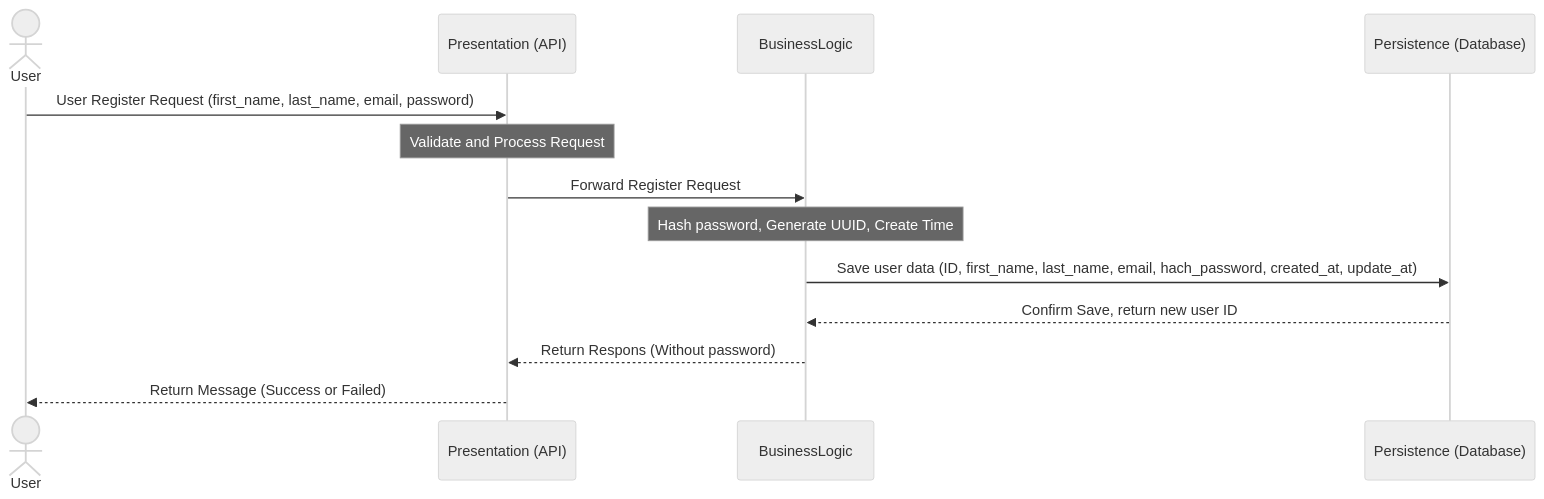
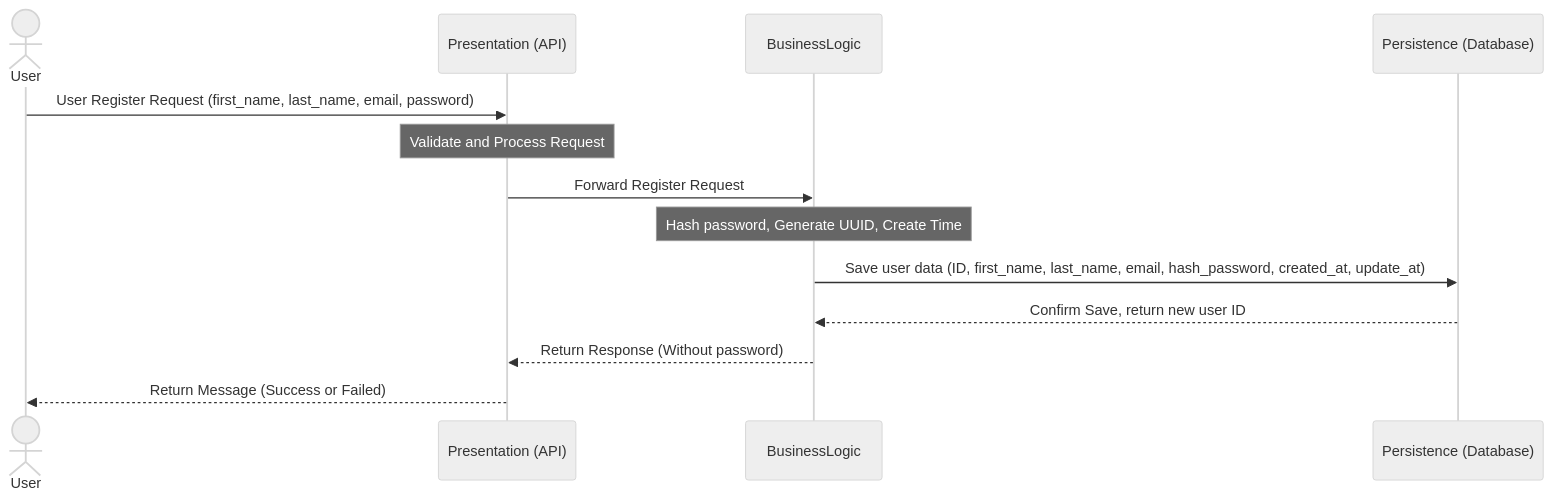
The second of 5 diagrams in part1/documentation.md (asimhamidwo8/holbertonschool-hbnb), drawn with Mermaid (neutral theme) before and after one commit. The commit also changed other lines of this file, not shown here.

Commit message:
fix: some typos for the documentation

````diff
--- a/part1/documentation.md
+++ b/part1/documentation.md
@@ -113,17 +113,17 @@
 ```mermaid
 sequenceDiagram
   actor A1 as User
   participant API as Presentation (API)
   participant BusinessLogic
   participant Persistence as Persistence (Database)
 
 
 A1 ->> API: User Register Request (first_name, last_name, email, password)
 Note over API: Validate and Process Request
 API ->> BusinessLogic: Forward Register Request
 Note over BusinessLogic: Hash password, Generate UUID, Create Time
-BusinessLogic ->> Persistence: Save user data (ID, first_name, last_name, email, hach_password, created_at, update_at)
+BusinessLogic ->> Persistence: Save user data (ID, first_name, last_name, email, hash_password, created_at, update_at)
 Persistence -->> BusinessLogic: Confirm Save, return new user ID
-BusinessLogic -->> API: Return Respons (Without password)
+BusinessLogic -->> API: Return Response (Without password)
 API -->> A1: Return Message (Success or Failed)
 ```
````
